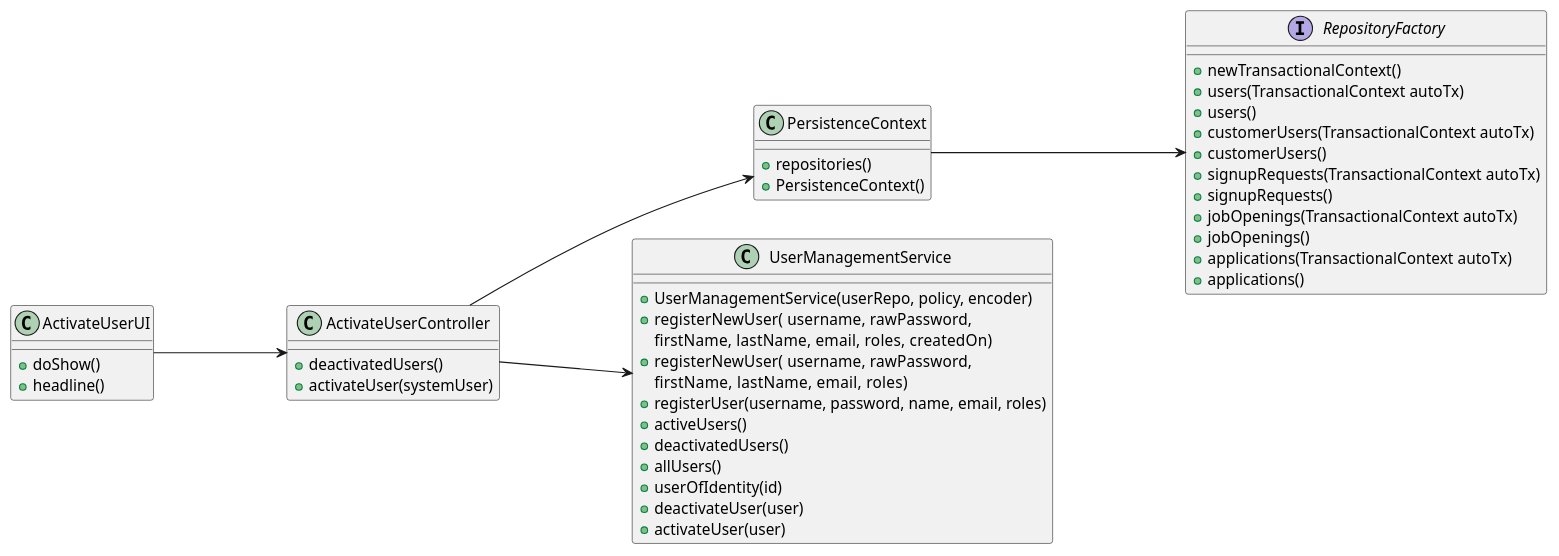
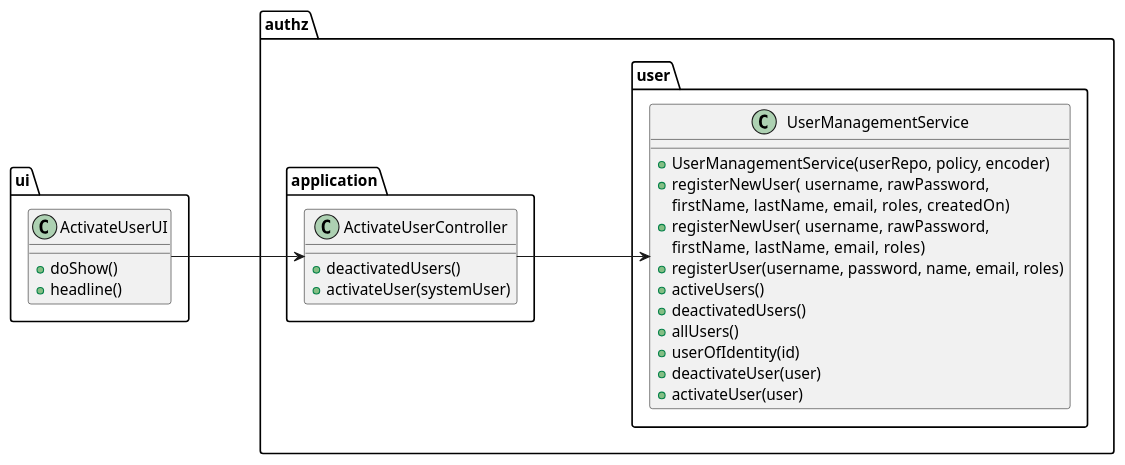
Before and after one commit to MiguelCardoso77/LAPR4: the diagram in docs/SprintB/activate-a-user/class-diagram.puml, drawn with PlantUML. The commit also changed 25 other files, not shown here.

```diff
--- a/docs/SprintB/activate-a-user/class-diagram.puml
+++ b/docs/SprintB/activate-a-user/class-diagram.puml
@@ -1,60 +1,43 @@
 @startuml
 'skinparam linetype ortho
 left to right direction
-
+package "ui"{
 class ActivateUserUI {
     + doShow()
     + headline()
 }
+}
 
+package "authz" {
+package "application" {
 class ActivateUserController {
     + deactivatedUsers()
     + activateUser(systemUser)
 }
-
-interface RepositoryFactory {
-    + newTransactionalContext()
-    + users(TransactionalContext autoTx)
-    + users()
-    + customerUsers(TransactionalContext autoTx)
-    + customerUsers()
-    + signupRequests(TransactionalContext autoTx)
-    + signupRequests()
-    + jobOpenings(TransactionalContext autoTx)
-    + jobOpenings()
-    + applications(TransactionalContext autoTx)
-    + applications()
 }
 
-class PersistenceContext {
-    + repositories()
-    + PersistenceContext()
-}
-
+package "user" {
 class UserManagementService {
     + UserManagementService(userRepo, policy, encoder)
     + registerNewUser( username,  rawPassword,
     firstName,  lastName,  email, roles, createdOn)
     + registerNewUser( username,  rawPassword,
     firstName,  lastName,  email, roles)
     + registerUser(username, password, name, email, roles)
     + activeUsers()
     + deactivatedUsers()
     + allUsers()
     + userOfIdentity(id)
     + deactivateUser(user)
     + activateUser(user)
 }
-
+}
+}
 
 
 ActivateUserUI ---> ActivateUserController
 
 ActivateUserController ---> UserManagementService
 
-ActivateUserController ---> PersistenceContext
-
-
-PersistenceContext ---> RepositoryFactory
 
 @enduml
```
